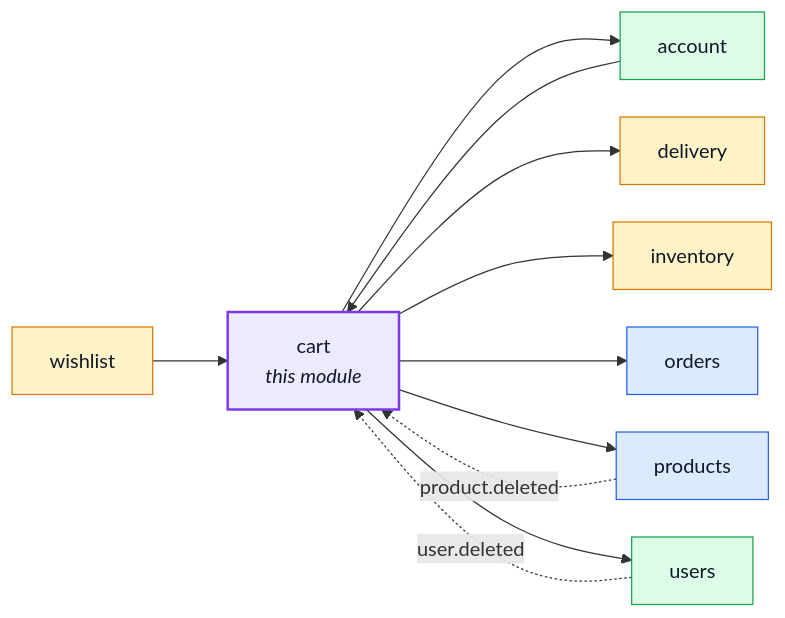
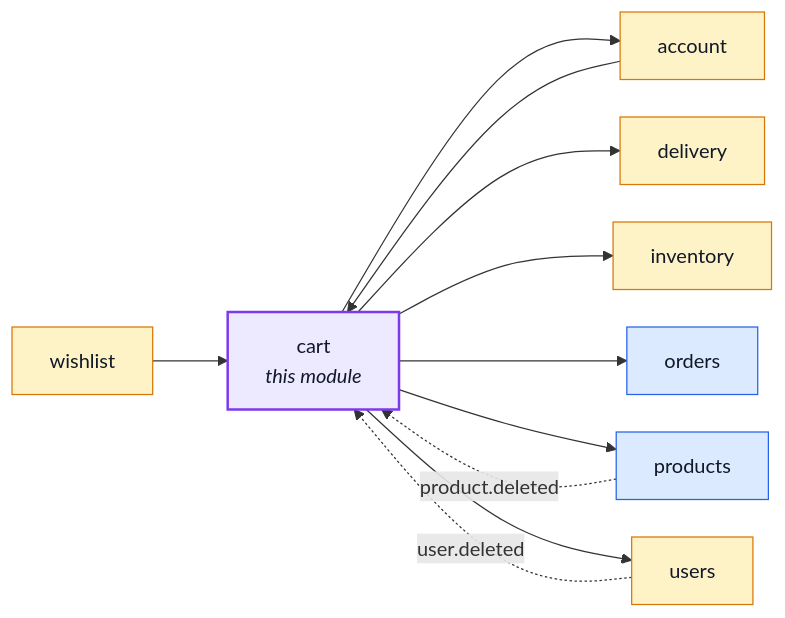
Before and after one commit to Guebbit/boilerplate-node-backend: the first of 2 diagrams in docs/modules/cart.md, drawn with Mermaid. The commit also changed 13 other files, not shown here.

````diff
--- a/docs/modules/cart.md
+++ b/docs/modules/cart.md
@@ -16,32 +16,31 @@
 ```mermaid
 %%{init: {'flowchart': {'nodeSpacing': 30, 'rankSpacing': 60}}}%%
 flowchart LR
     cart["cart<br/><i>this module</i>"]
     account["account"]
     delivery["delivery"]
     inventory["inventory"]
     orders["orders"]
     products["products"]
     users["users"]
     wishlist["wishlist"]
 
     account --> cart
     wishlist --> cart
     cart --> account
     cart --> delivery
     cart --> inventory
     cart --> orders
     cart --> products
     cart --> users
     products -. "product.deleted" .-> cart
     users -. "user.deleted" .-> cart
 
     classDef core fill:#dbeafe,stroke:#2563eb,color:#111827;
     classDef supporting fill:#fef3c7,stroke:#d97706,color:#111827;
     classDef generic fill:#dcfce7,stroke:#16a34a,color:#111827;
     classDef centre fill:#ede9fe,stroke:#7c3aed,stroke-width:2px,color:#111827;
     class orders,products core;
-    class delivery,inventory,wishlist supporting;
-    class account,users generic;
+    class account,delivery,inventory,users,wishlist supporting;
     class cart centre;
 ```
````
